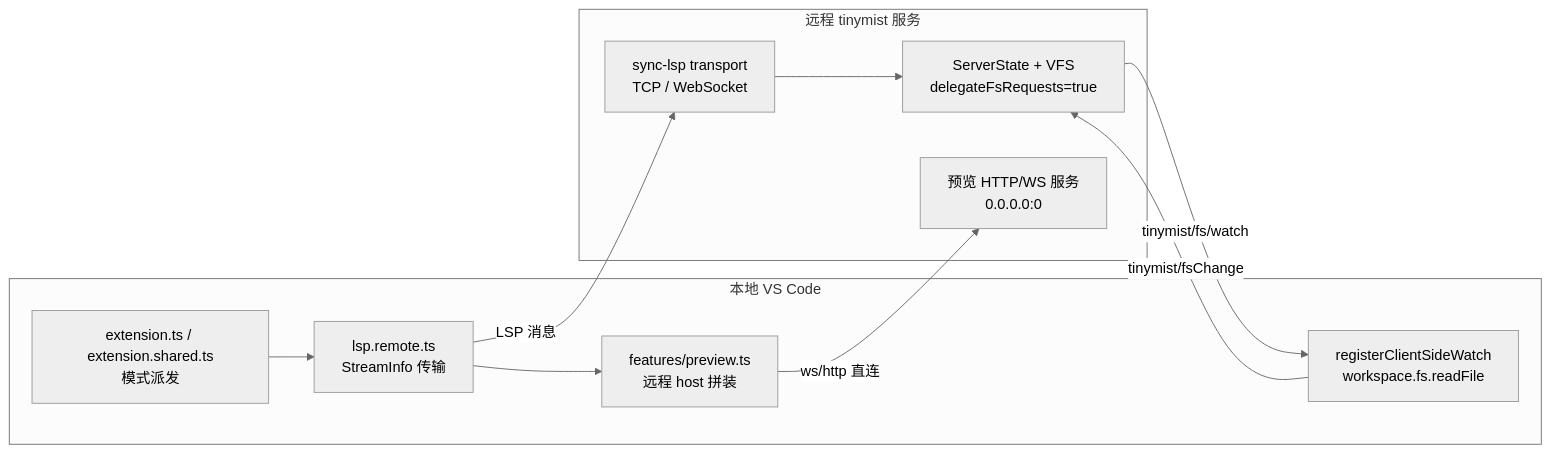
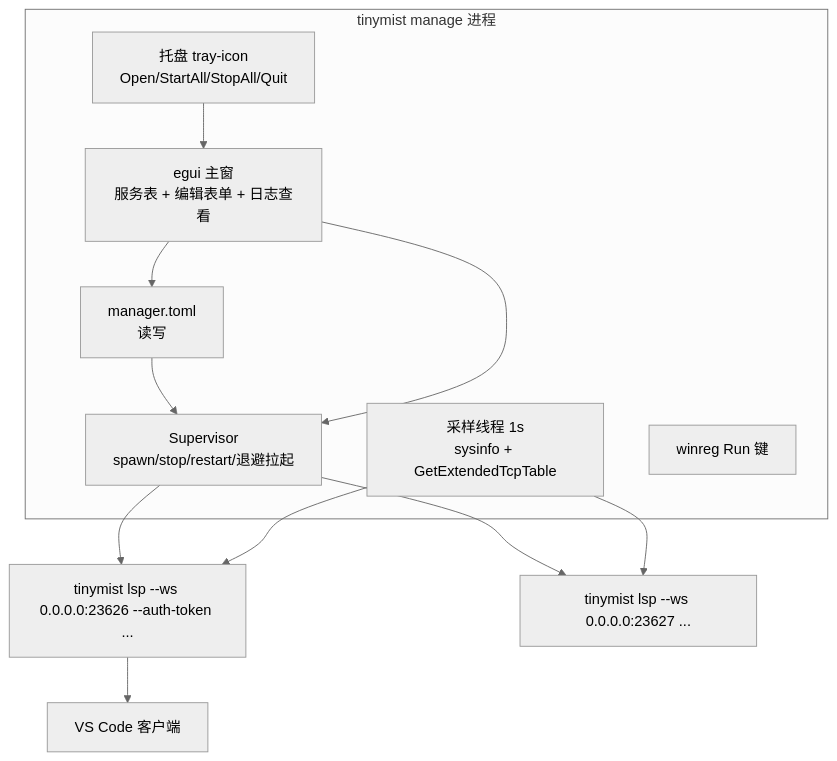
The diagram in .codebuddy/plans/vscode-remote-tinymist-server_bcad210e.md (riverstill/tinymist-remote), drawn with Mermaid (neutral theme) before and after one commit. The commit also changed other lines of this file and 11 other files, not shown here.

Commit message:
feat(tinymist manage): 管理多个服务

````diff
--- a/.codebuddy/plans/vscode-remote-tinymist-server_bcad210e.md
+++ b/.codebuddy/plans/vscode-remote-tinymist-server_bcad210e.md
@@ -94,20 +66,20 @@
 ```mermaid
-flowchart LR
-  subgraph Local["本地 VS Code"]
-    EXT["extension.ts / extension.shared.ts<br/>模式派发"]
-    LC["lsp.remote.ts<br/>StreamInfo 传输"]
-    FS["registerClientSideWatch<br/>workspace.fs.readFile"]
-    PV["features/preview.ts<br/>远程 host 拼装"]
+flowchart TB
+  subgraph Manager["tinymist manage 进程"]
+    TRAY["托盘 tray-icon<br/>Open/StartAll/StopAll/Quit"]
+    GUI["egui 主窗<br/>服务表 + 编辑表单 + 日志查看"]
+    SUP["Supervisor<br/>spawn/stop/restart/退避拉起"]
+    PROBE["采样线程 1s<br/>sysinfo + GetExtendedTcpTable"]
+    CFG["manager.toml<br/>读写"]
+    AUTOSTART["winreg Run 键"]
   end
-  subgraph Remote["远程 tinymist 服务"]
-    T["sync-lsp transport<br/>TCP / WebSocket"]
-    SRV["ServerState + VFS<br/>delegateFsRequests=true"]
-    PP["预览 HTTP/WS 服务<br/>0.0.0.0:0"]
-  end
-  EXT --> LC
-  LC -- "LSP 消息" --> T --> SRV
-  SRV -- "tinymist/fs/watch" --> FS
-  FS -- "tinymist/fsChange" --> SRV
-  LC --> PV
-  PV -- "ws/http 直连" --> PP
+  CFG --> SUP
+  SUP --> P1["tinymist lsp --ws 0.0.0.0:23626 --auth-token ..."]
+  SUP --> P2["tinymist lsp --ws 0.0.0.0:23627 ..."]
+  P1 --> C1["VS Code 客户端"]
+  PROBE --> P1
+  PROBE --> P2
+  GUI --> CFG
+  GUI --> SUP
+  TRAY --> GUI
 ```
````
